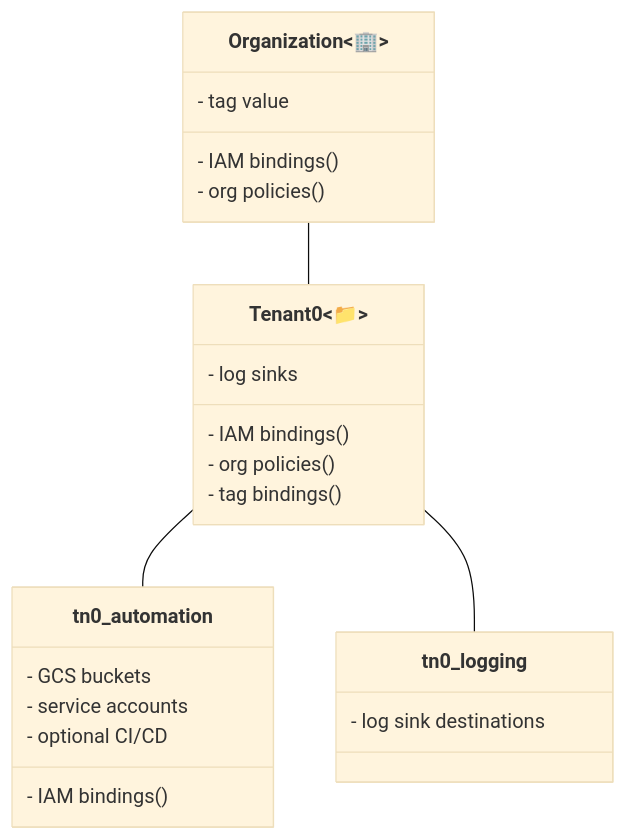
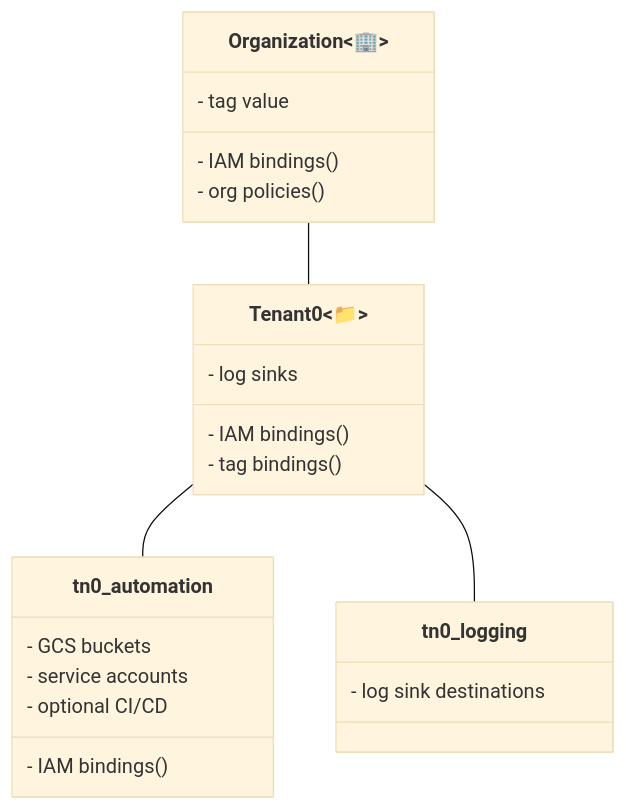
One commit to GoogleCloudPlatform/cloud-foundation-fabric changed the diagram in fast/stages-multitenant/0-bootstrap-tenant/README.md. Above: the diagram before and after it, drawn with Mermaid. The commit also changed 1 other file, not shown here.

Commit message:
stage readmes

````diff
--- a/fast/stages-multitenant/0-bootstrap-tenant/README.md
+++ b/fast/stages-multitenant/0-bootstrap-tenant/README.md
@@ -24,27 +24,26 @@
 ```mermaid
 %%{init: {'theme':'base'}}%%
 classDiagram
     Organization~🏢~ -- Tenant 0~📁~
     Tenant 0~📁~ -- tn0_automation
     Tenant 0~📁~ -- tn0_logging
     class Organization~🏢~ {
         - tag value
         - IAM bindings()
         - org policies()
     }
     class Tenant 0~📁~ {
         - log sinks
         - IAM bindings()
-        - org policies()
         - tag bindings()
     }
     class tn0_automation {
         - GCS buckets
         - service accounts
         - optional CI/CD
         - IAM bindings()
     }
     class tn0_logging {
         - log sink destinations
     }
 ```
````
